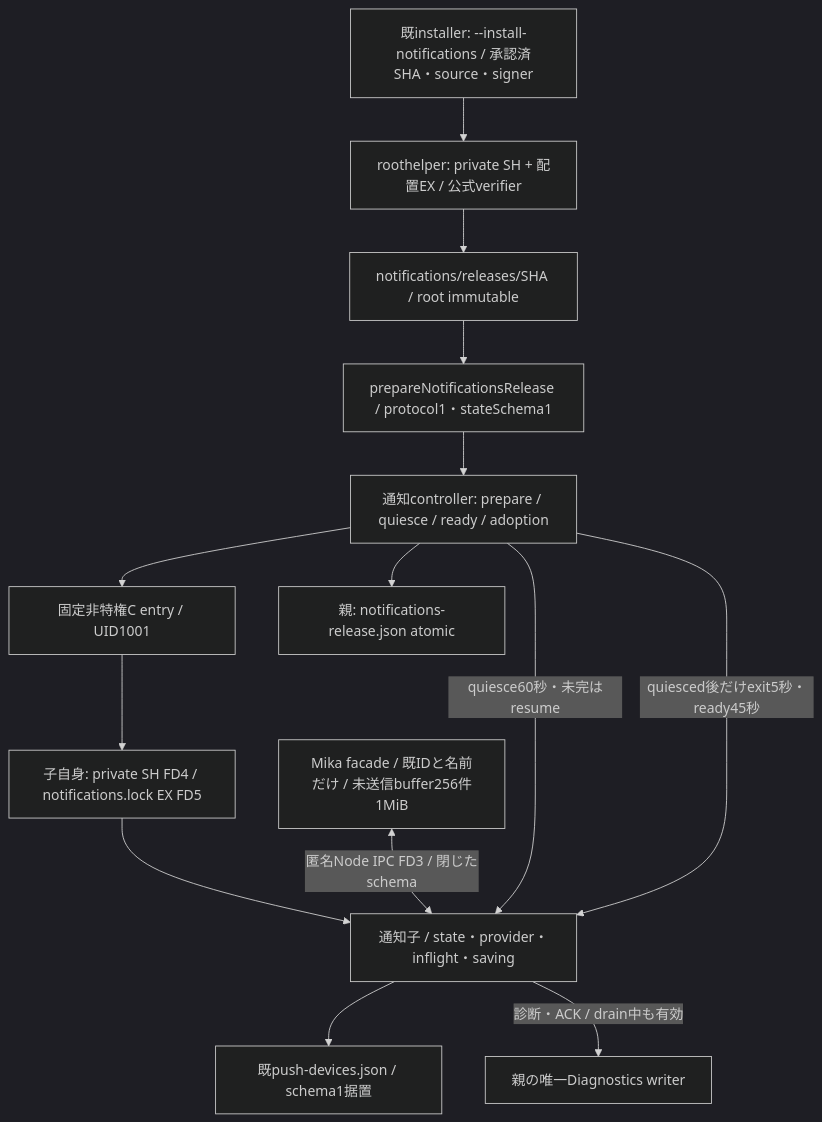
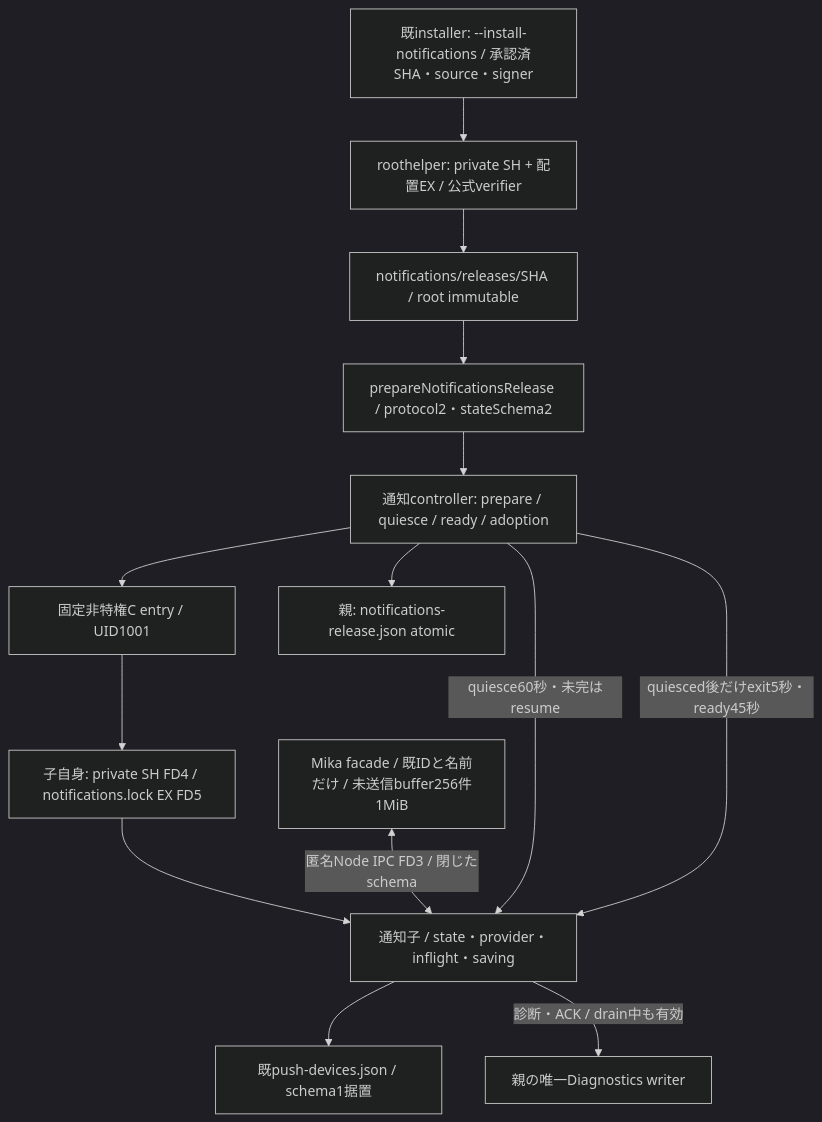
The diagram in docs/architecture/modules/runtime/notifications-release.md (kitepon/BellTeam), drawn with Mermaid (dark theme) before and after one commit. The commit also changed other lines of this file and 2 other files, not shown here.

````diff
--- a/docs/architecture/modules/runtime/notifications-release.md
+++ b/docs/architecture/modules/runtime/notifications-release.md
@@ -5,16 +5,16 @@
 ```mermaid
 flowchart TD
   Install[既installer: --install-notifications / 承認済SHA・source・signer] --> Root[roothelper: private SH + 配置EX / 公式verifier]
   Root --> Store[notifications/releases/SHA / root immutable]
-  Store --> Reader[prepareNotificationsRelease / protocol1・stateSchema1]
+  Store --> Reader[prepareNotificationsRelease / protocol2・stateSchema2]
   Reader --> Controller[通知controller: prepare / quiesce / ready / adoption]
   Controller --> C[固定非特権C entry / UID1001]
   C --> Lock[子自身: private SH FD4 / notifications.lock EX FD5]
   Lock --> Child[通知子 / state・provider・inflight・saving]
   Facade[Mika facade / 既IDと名前だけ / 未送信buffer256件1MiB] <-->|匿名Node IPC FD3 / 閉じたschema| Child
   Controller -->|quiesce60秒・未完はresume| Child
   Controller -->|quiesced後だけexit5秒・ready45秒| Child
   Controller --> Adoption[親: notifications-release.json atomic]
   Child --> State[既push-devices.json / schema1据置]
   Child -->|診断・ACK / drain中も有効| Diag[親の唯一Diagnostics writer]
 ```
````
